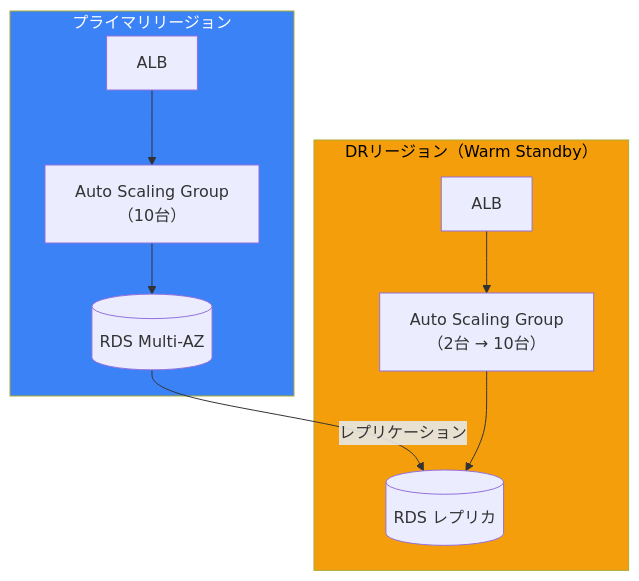
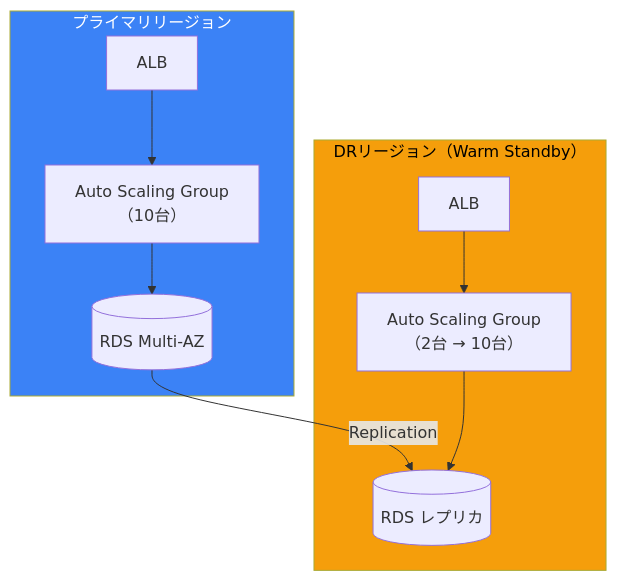
The sixth of 10 diagrams in content/blog/ja/aws-disaster-recovery.md (shunkus/shunku.net), drawn with Mermaid before and after one commit. The commit also changed other lines of this file and 56 other files, not shown here.

````diff
--- a/content/blog/ja/aws-disaster-recovery.md
+++ b/content/blog/ja/aws-disaster-recovery.md
@@ -223,23 +223,23 @@
 ```mermaid
 flowchart TB
     subgraph Primary["プライマリリージョン"]
         ALB1["ALB"]
         ASG1["Auto Scaling Group<br/>（10台）"]
         DB1[("RDS Multi-AZ")]
     end
 
     subgraph DR["DRリージョン（Warm Standby）"]
         ALB2["ALB"]
         ASG2["Auto Scaling Group<br/>（2台 → 10台）"]
         DB2[("RDS レプリカ")]
     end
 
     ALB1 --> ASG1
     ASG1 --> DB1
-    DB1 --> |"レプリケーション"| DB2
+    DB1 --> |"Replication"| DB2
     ALB2 --> ASG2
     ASG2 --> DB2
 
     style Primary fill:#3b82f6,color:#fff
     style DR fill:#f59e0b,color:#000
 ```
````
